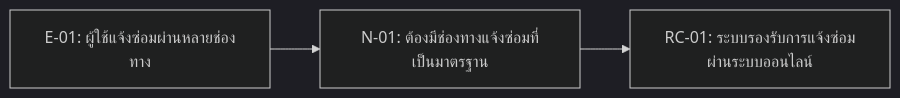
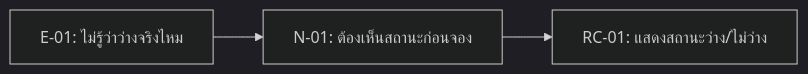
Before and after one commit to Aonney/ENGSE206-Group02-classroom-and-lab-maintenance-reporting: the diagram in docs/04-requirement-candidates.md, drawn with Mermaid (dark theme). The commit also changed other lines of this file, not shown here.

````diff
--- a/docs/04-requirement-candidates.md
+++ b/docs/04-requirement-candidates.md
@@ -13,5 +13,5 @@
 ```mermaid
 flowchart LR
-    E["E-01: ผู้ใช้แจ้งซ่อมผ่านหลายช่องทาง"] --> N["N-01: ต้องมีช่องทางแจ้งซ่อมที่เป็นมาตรฐาน"]
-    N --> R["RC-01: ระบบรองรับการแจ้งซ่อมผ่านระบบออนไลน์"]
+    E["E-01: ไม่รู้ว่าว่างจริงไหม"] --> N["N-01: ต้องเห็นสถานะก่อนจอง"]
+    N --> R["RC-01: แสดงสถานะว่าง/ไม่ว่าง"]
 ```
````
